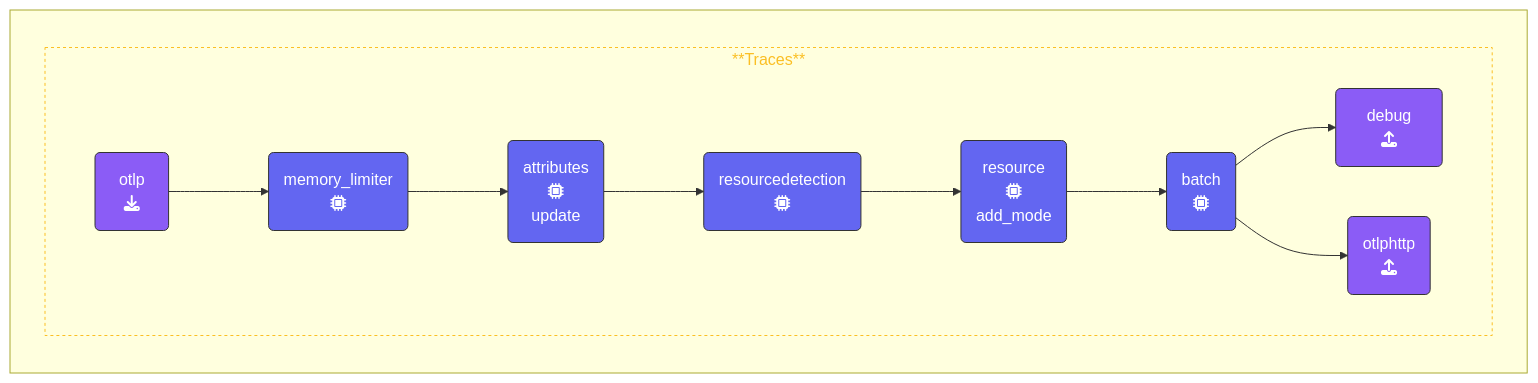
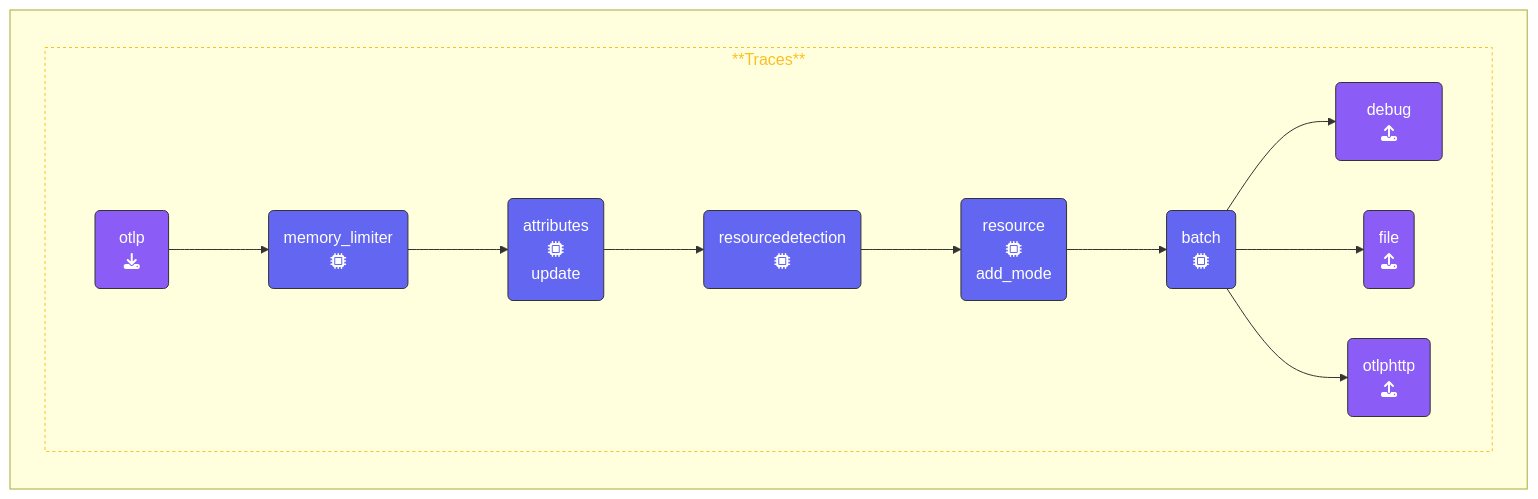
The diagram in content/en/ninja-workshops/3-opentelemetry-collector-workshops/2-advanced-collector/6-sensitive-data/6-1-configuration.md (splunk/observability-workshop), drawn with Mermaid before and after one commit. The commit also changed other lines of this file and 1 other file, not shown here.

````diff
--- a/content/en/ninja-workshops/3-opentelemetry-collector-workshops/2-advanced-collector/6-sensitive-data/6-1-configuration.md
+++ b/content/en/ninja-workshops/3-opentelemetry-collector-workshops/2-advanced-collector/6-sensitive-data/6-1-configuration.md
@@ -76,31 +77,34 @@
 ```mermaid
 %%{init:{"fontFamily":"monospace"}}%%
 graph LR
     %% Nodes
       REC1(&nbsp;&nbsp;otlp&nbsp;&nbsp;<br>fa:fa-download):::receiver
       PRO1(memory_limiter<br>fa:fa-microchip):::processor
       PRO2(resourcedetection<br>fa:fa-microchip):::processor
       PRO3(resource<br>fa:fa-microchip<br>add_mode):::processor
       PRO5(batch<br>fa:fa-microchip):::processor
       PRO6(attributes<br>fa:fa-microchip<br>update):::processor
       EXP1(otlphttp<br>fa:fa-upload):::exporter
       EXP2(&ensp;&ensp;debug&ensp;&ensp;<br>fa:fa-upload):::exporter
+      EXP3(file<br>fa:fa-upload):::exporter
+
     %% Links
     subID1:::sub-traces
     subgraph " "
       subgraph subID1[**Traces**]
       direction LR
       REC1 --> PRO1
       PRO1 --> PRO6
       PRO6 --> PRO2
       PRO2 --> PRO3
       PRO3 --> PRO5
       PRO5 --> EXP2
+      PRO5 --> EXP3
       PRO5 --> EXP1
       end
     end
 classDef receiver,exporter fill:#8b5cf6,stroke:#333,stroke-width:1px,color:#fff;
 classDef processor fill:#6366f1,stroke:#333,stroke-width:1px,color:#fff;
 classDef con-receive,con-export fill:#45c175,stroke:#333,stroke-width:1px,color:#fff;
 classDef sub-traces stroke:#fbbf24,stroke-width:1px, color:#fbbf24,stroke-dasharray: 3 3;
 ```
````
